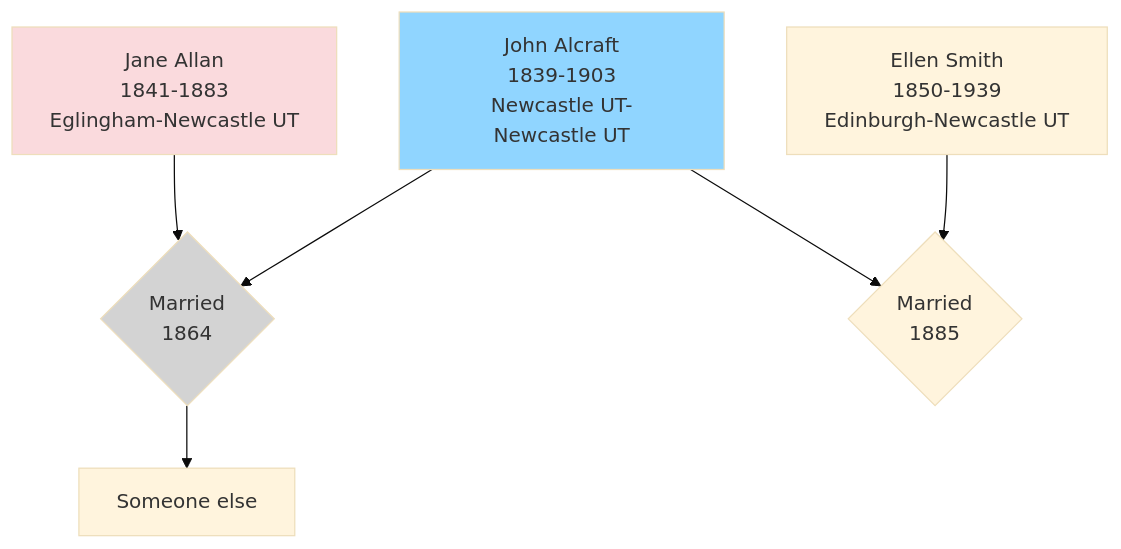
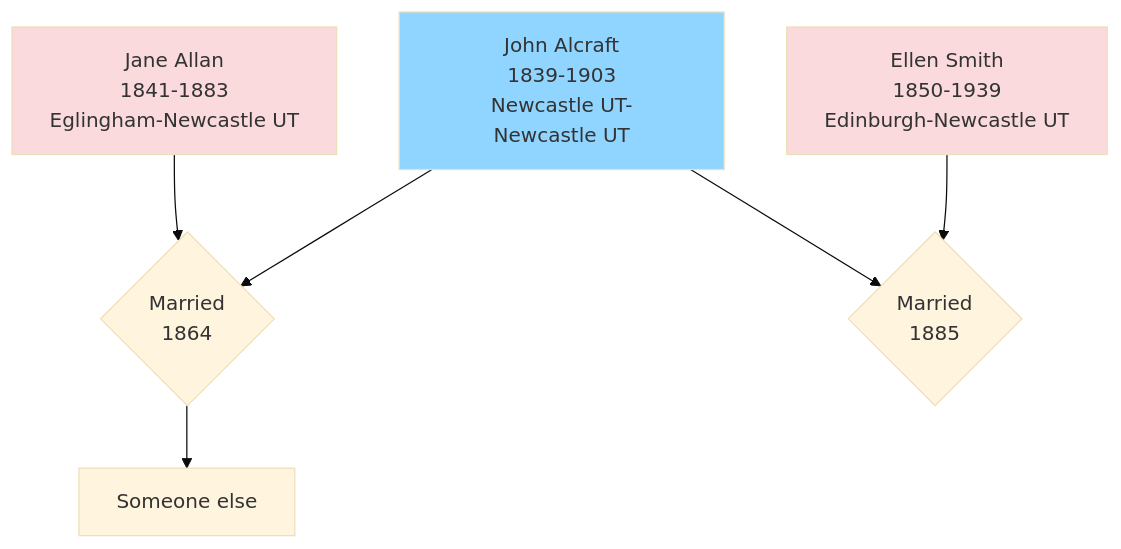
The diagram in docs/index.md (RachelAlcraft/family-tree), drawn with Mermaid (base theme) before and after one commit.

````diff
--- a/docs/index.md
+++ b/docs/index.md
@@ -6,16 +6,17 @@
 ``` mermaid
 flowchart TD  
 JA1[John Alcraft\n1839-1903\nNewcastle UT-Newcastle UT] --> JAJA{Married\n1864};
 JA2[Jane Allan\n1841-1883\nEglingham-Newcastle UT] --> JAJA;
 ES[Ellen Smith\n1850-1939\nEdinburgh-Newcastle UT] --> JAES{Married\n1885};
 JA1 --> JAES
 JAJA -->D[Someone else];  
 
-style JAJA fill:#D3D3D3
 style JA1 fill:#90d5ff
 click JA1 "jones" "JA2"
+
 style JA2 fill:#FADADD
 click JA2 "jones" "JA1"
+style ES fill:#FADADD
 
 
 ```
````
